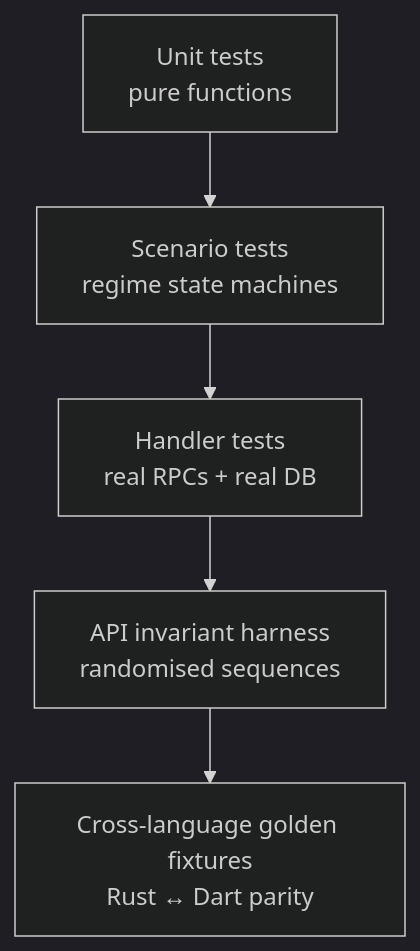
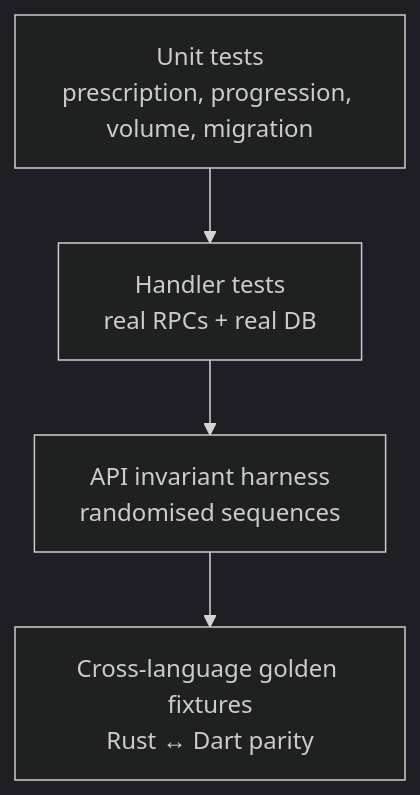
Before and after one commit to brensch/lift: the diagram in docs/architecture/testing.md, drawn with Mermaid (dark theme). The commit also changed other lines of this file and 12 other files, not shown here.

First line of the commit message:
docs: architecture reference follows the cutover

````diff
--- a/docs/architecture/testing.md
+++ b/docs/architecture/testing.md
@@ -5,7 +5,6 @@
 ```mermaid
 graph TD
-    A["Unit tests<br/>pure functions"] --> B["Scenario tests<br/>regime state machines"]
-    B --> C["Handler tests<br/>real RPCs + real DB"]
+    A["Unit tests<br/>prescription, progression, volume, migration"] --> C["Handler tests<br/>real RPCs + real DB"]
     C --> D["API invariant harness<br/>randomised sequences"]
     D --> E["Cross-language golden fixtures<br/>Rust ↔ Dart parity"]
 ```
````
